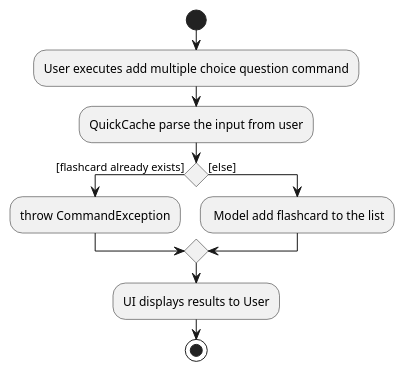
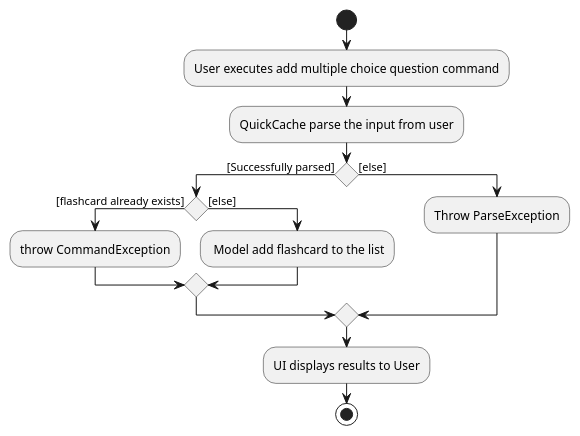
The diagram in docs/diagrams/AddMcqActivityDiagram.puml (nus-cs2103-AY2021S1/tp), drawn with PlantUML before and after one commit. The commit also changed 3 other files, not shown here.

Commit message:
Fixed activity diagram to show Parse Exception

```diff
--- a/docs/diagrams/AddMcqActivityDiagram.puml
+++ b/docs/diagrams/AddMcqActivityDiagram.puml
@@ -1,16 +1,20 @@
 @startuml
 start
 :User executes add multiple choice question command;
 :QuickCache parse the input from user;
 
 'Since the beta syntax does not support placing the condition outside the
 'diamond we place it as the true branch instead.
+if() then ([Successfully parsed])
+    if () then ([flashcard already exists])
+        :throw CommandException;
+    else ([else])
+        : Model add flashcard to the list;
+    endif
+else ([else])
+    :Throw ParseException;
+endif
 
-if () then ([flashcard already exists])
-    :throw CommandException;
-else ([else])
-    : Model add flashcard to the list;
-endif
 :UI displays results to User;
 stop
 @enduml
```
